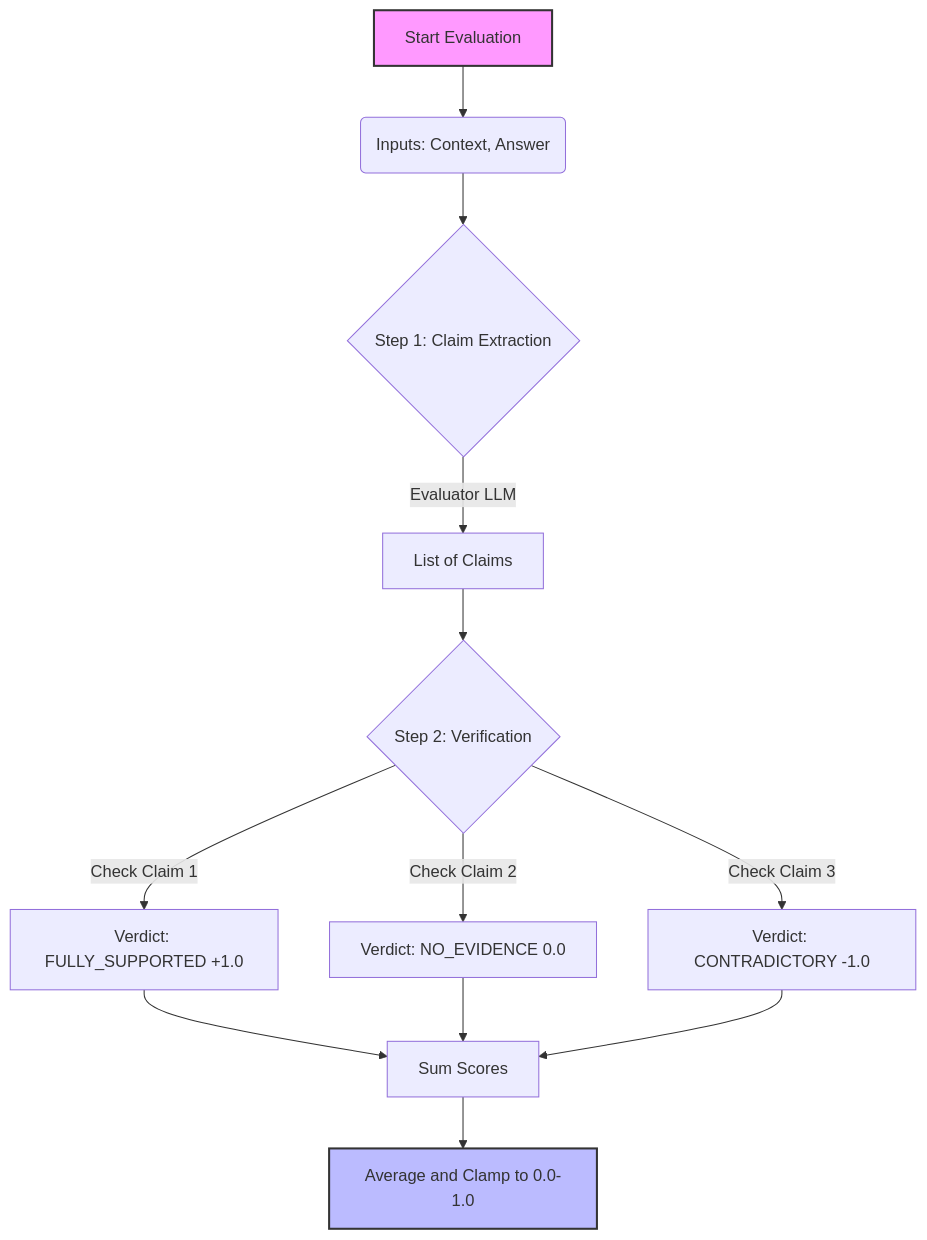
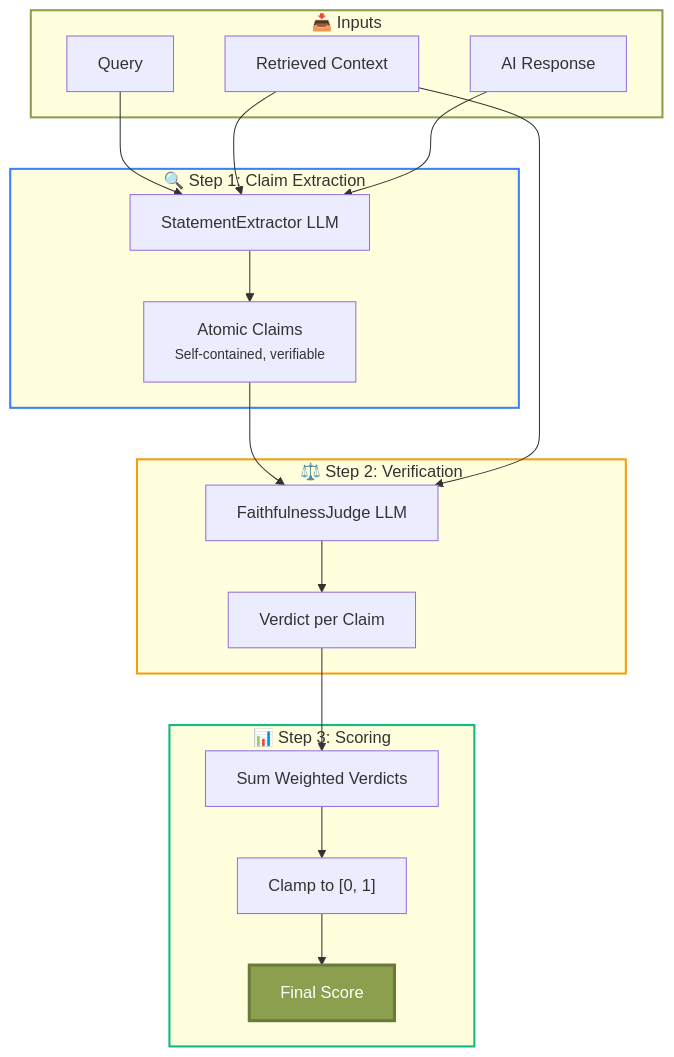
One commit to ax-foundry/axion changed the diagram in docs/metric-registry/composite/faithfulness.md. Above: the diagram before and after it, drawn with Mermaid. The commit also changed other lines of this file and 8 other files, not shown here.

````diff
--- a/docs/metric-registry/composite/faithfulness.md
+++ b/docs/metric-registry/composite/faithfulness.md
@@ -43,19 +88,39 @@
-```mermaid
-graph TD
-    A[Start Evaluation] --> B(Inputs: Context, Answer)
-    B --> C{Step 1: Claim Extraction}
-    C -->|Evaluator LLM| D[List of Claims]
-    D --> E{Step 2: Verification}
-    
-    E -->|Check Claim 1| F[Verdict: FULLY_SUPPORTED +1.0]
-    E -->|Check Claim 2| G[Verdict: NO_EVIDENCE 0.0]
-    E -->|Check Claim 3| H[Verdict: CONTRADICTORY -1.0]
-    
-    F --> I[Sum Scores]
-    G --> I
-    H --> I
-    I --> J[Average and Clamp to 0.0-1.0]
+    ```mermaid
+    flowchart TD
+        subgraph INPUT["📥 Inputs"]
+            A[Query]
+            B[Retrieved Context]
+            C[AI Response]
+        end
 
-    style A fill:#f9f,stroke:#333,stroke-width:2px
-    style J fill:#bbf,stroke:#333,stroke-width:2px
-```
+        subgraph EXTRACT["🔍 Step 1: Claim Extraction"]
+            D[StatementExtractor LLM]
+            E["Atomic Claims<br/><small>Self-contained, verifiable</small>"]
+        end
+
+        subgraph VERIFY["⚖️ Step 2: Verification"]
+            F[FaithfulnessJudge LLM]
+            G["Verdict per Claim"]
+        end
+
+        subgraph SCORE["📊 Step 3: Scoring"]
+            H["Sum Weighted Verdicts"]
+            I["Clamp to [0, 1]"]
+            J["Final Score"]
+        end
+
+        A & B & C --> D
+        D --> E
+        E --> F
+        B --> F
+        F --> G
+        G --> H
+        H --> I
+        I --> J
+
+        style INPUT stroke:#8B9F4F,stroke-width:2px
+        style EXTRACT stroke:#3b82f6,stroke-width:2px
+        style VERIFY stroke:#f59e0b,stroke-width:2px
+        style SCORE stroke:#10b981,stroke-width:2px
+        style J fill:#8B9F4F,stroke:#6B7A3A,stroke-width:3px,color:#fff
+    ```
````
